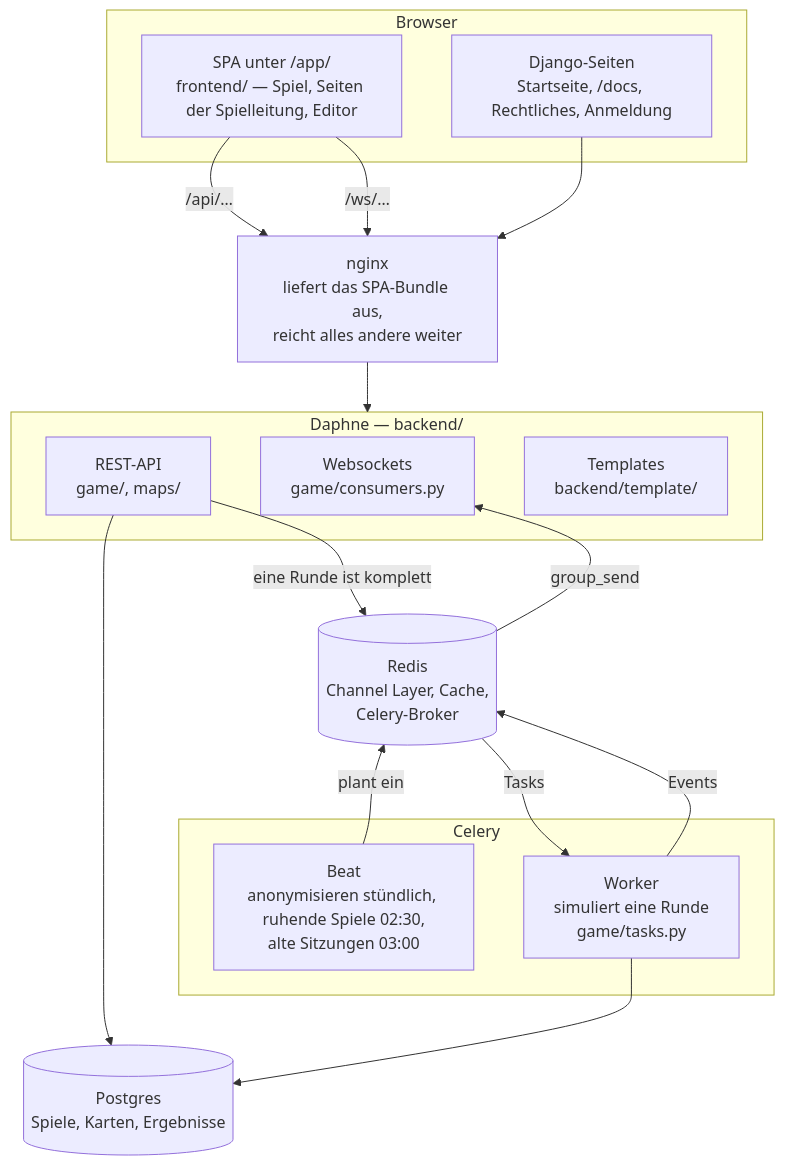
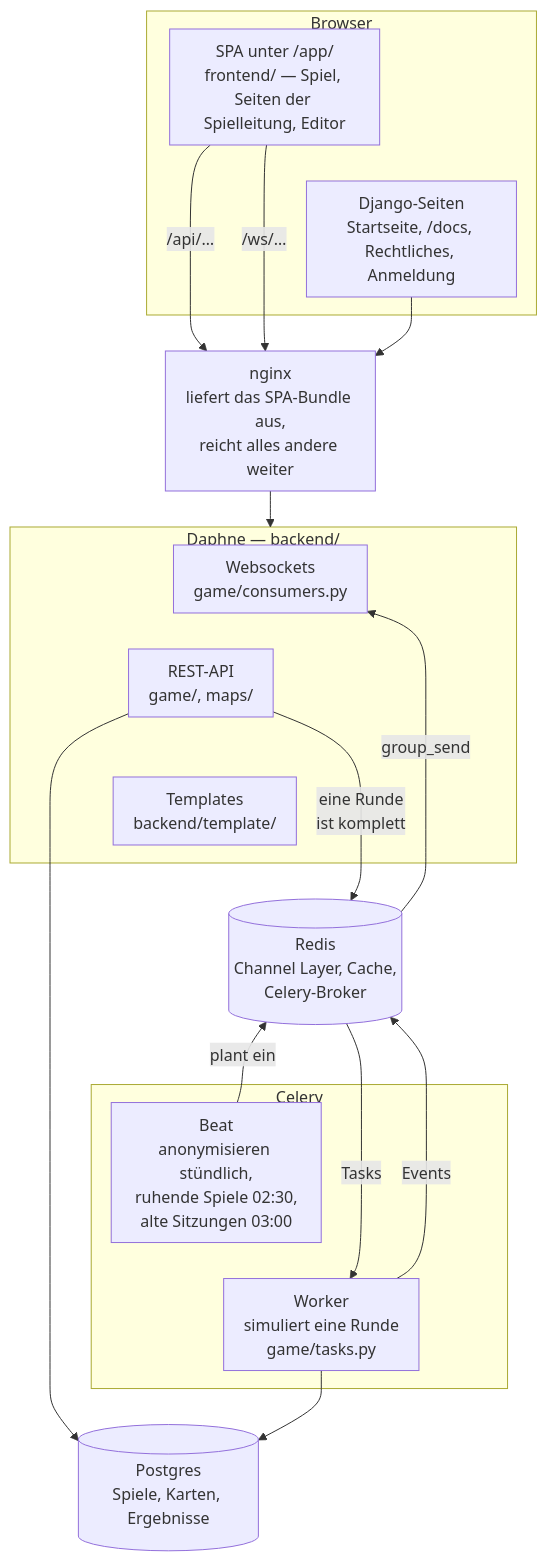
One commit to luke-hirsch/co2mmute changed the first of 12 diagrams in docs/de-flowcharts.md. Above: the diagram before and after it, drawn with Mermaid. The commit also changed other lines of this file and 6 other files, not shown here.

Commit message:
ablaufdiagramme: 1, 4, 6, 8 und 10 schmaler gezeichnet (umbruchbreite, eine spalte, kürzere kantentexte), de und en gleich

````diff
--- a/docs/de-flowcharts.md
+++ b/docs/de-flowcharts.md
@@ -26,35 +26,40 @@
 ```mermaid
+%%{init: {"flowchart": {"wrappingWidth": 170, "nodeSpacing": 20, "rankSpacing": 36, "padding": 10}}}%%
 flowchart TB
     subgraph browser["Browser"]
         spa["SPA unter /app/<br>frontend/ — Spiel, Seiten der Spielleitung, Editor"]
         pages["Django-Seiten<br>Startseite, /docs, Rechtliches, Anmeldung"]
     end
     nginx["nginx<br>liefert das SPA-Bundle aus,<br>reicht alles andere weiter"]
     subgraph daphne["Daphne — backend/"]
         ws["Websockets<br>game/consumers.py"]
         rest["REST-API<br>game/, maps/"]
         tpl["Templates<br>backend/template/"]
     end
     redis[("Redis<br>Channel Layer, Cache,<br>Celery-Broker")]
     subgraph celery["Celery"]
-        beat["Beat<br>anonymisieren stündlich, ruhende Spiele 02:30,<br>alte Sitzungen 03:00"]
+        beat["Beat<br>anonymisieren stündlich,<br>ruhende Spiele 02:30,<br>alte Sitzungen 03:00"]
         worker["Worker<br>simuliert eine Runde<br>game/tasks.py"]
     end
     pg[("Postgres<br>Spiele, Karten, Ergebnisse")]
 
     spa -->|"/api/…"| nginx
     spa -->|"/ws/…"| nginx
     pages --> nginx
     nginx --> daphne
-    %% ~~~ ist unsichtbar: hält die Websockets über Redis und Beat darunter,
-    %% damit das Diagramm hochkant bleibt und neben die Haltestellen passt
-    ws ~~~ redis
-    rest -->|"eine Runde ist komplett"| redis
+    spa ~~~ pages
+    %% ~~~ ist unsichtbar: stapelt alles in eine Spalte: Websockets, REST und Templates über Redis,
+    %% Redis über Beat und Worker, damit das Diagramm hochkant und schmal bleibt
+    ws ~~~ rest
+    rest ~~~ tpl
+    tpl ~~~ redis
+    rest -->|"eine Runde<br>ist komplett"| redis
     redis ~~~ beat
+    beat ~~~ worker
     redis -->|"Tasks"| worker
     worker -->|"Events"| redis
     beat -->|"plant ein"| redis
     redis -->|"group_send"| ws
     rest --> pg
     worker --> pg
 ```
````
